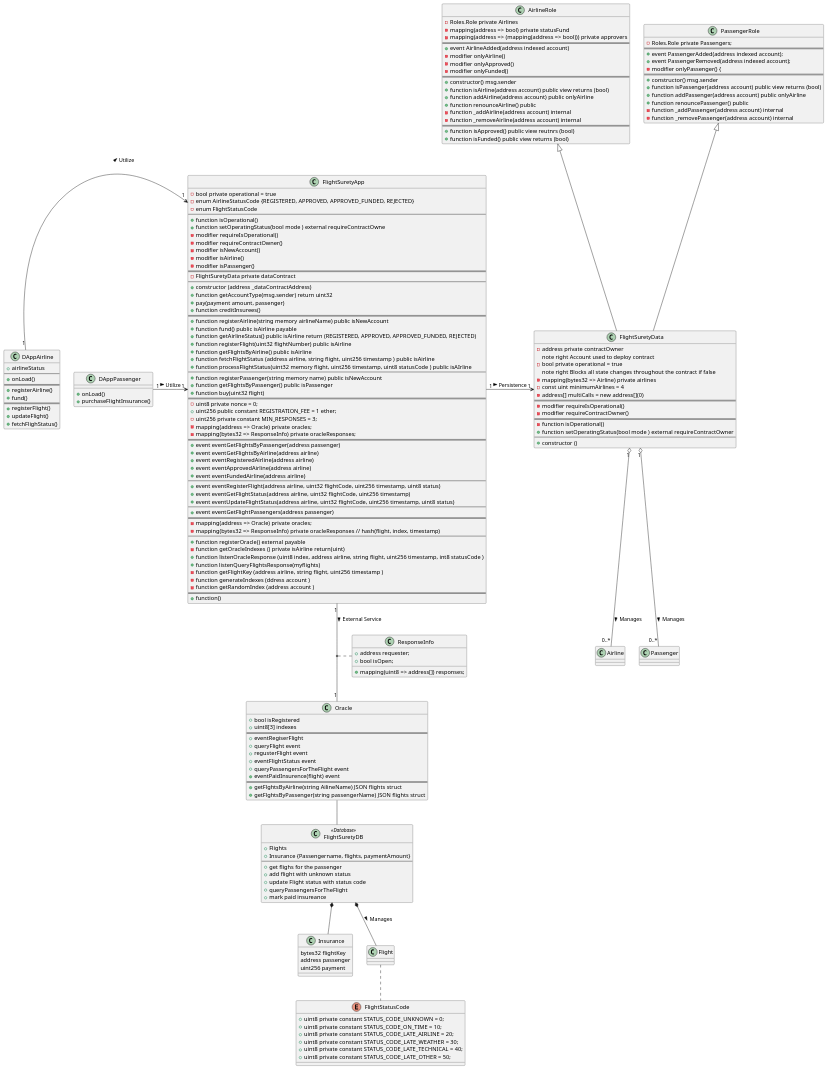
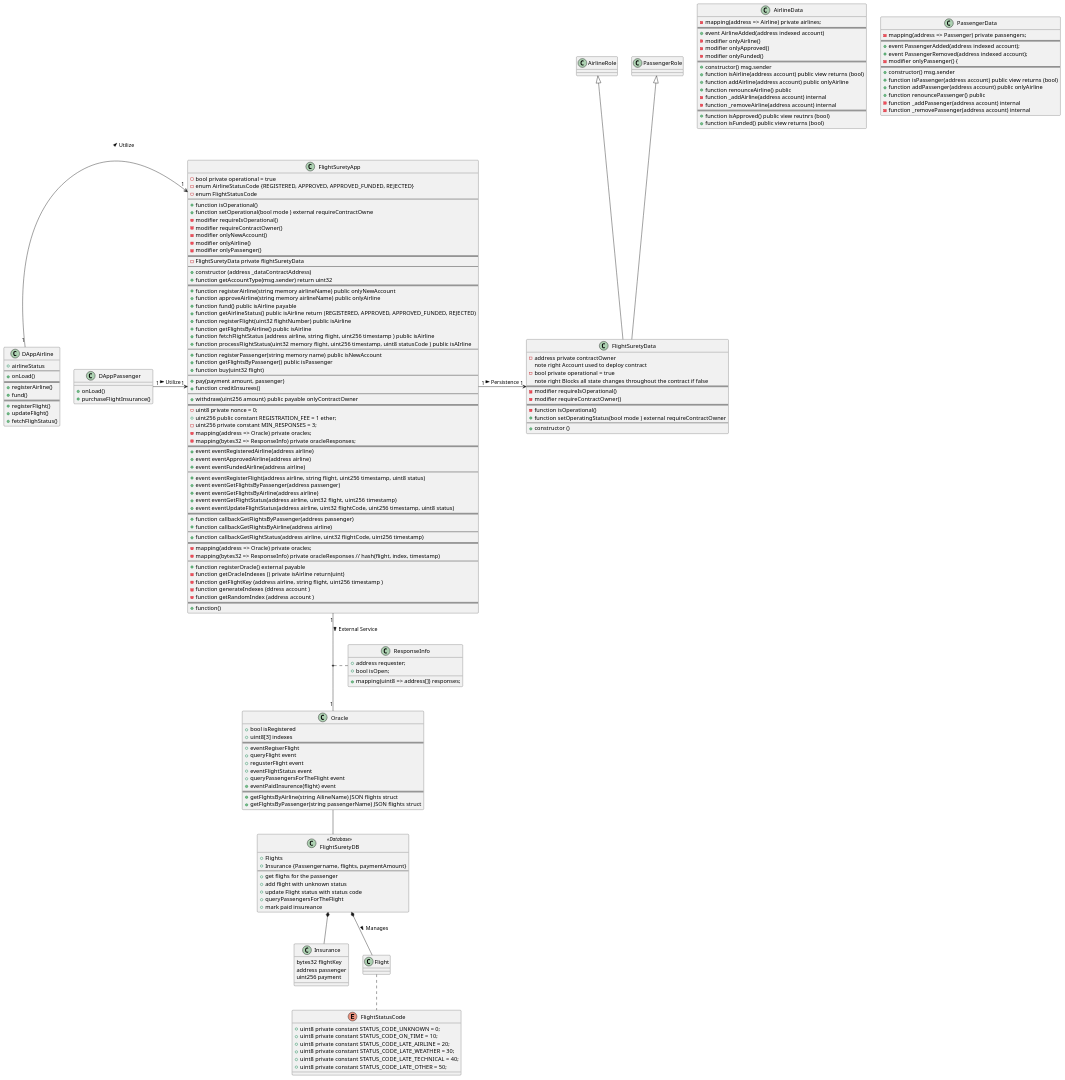
Before and after one commit to HajimeK/BlockchainDevND: the diagram in projects/project_FlightSurety/UML/class.pu, drawn with PlantUML. The commit also changed 22 other files, not shown here.

Commit message:
WIP : Coding contracts. WIP in FlightSuretyApp.sol

```diff
--- a/projects/project_FlightSurety/UML/class.pu
+++ b/projects/project_FlightSurety/UML/class.pu
@@ -23,9 +23,6 @@
     + onLoad()
     + purchaseFlightInsurance()
 }
-
-
-
 
 class Oracle {
     + bool isRegistered
@@ -74,21 +71,20 @@
     - enum FlightStatusCode
     --
     + function isOperational()
-    + function setOperatingStatus(bool mode ) external requireContractOwne
+    + function setOperational(bool mode ) external requireContractOwne
     - modifier requireIsOperational()
     - modifier requireContractOwner()
-    - modifier isNewAccount()
-    - modifier isAirline()
-    - modifier isPassenger()
+    - modifier onlyNewAccount()
+    - modifier onlyAirline()
+    - modifier onlyPassenger()
     ==
-    - FlightSuretyData private dataContract
+    - FlightSuretyData private flightSuretyData
     --
-    + constructor (address _dataContractAddress) 
+    + constructor (address _dataContractAddress)
     + function getAccountType(msg.sender) return uint32
-    + pay(payment amount, passenger)
-    + function creditInsurees()
     ==
-    + function registerAirline(string memory airlineName) public isNewAccount
+    + function registerAirline(string memory airlineName) public onlyNewAccount
+    + function approveAirline(string memory airlineName) public onlyAirline
     + function fund() public isAirline payable
     + function getAirlineStatus() public isAirline return (REGISTERED, APPROVED, APPROVED_FUNDED, REJECTED)
     + function registerFlight(uint32 flightNumber) public isAirline
@@ -99,6 +95,11 @@
     + function registerPassenger(string memory name) public isNewAccount
     + function getFlightsByPassenger() public isPassenger
     + function buy(uint32 flight)
+    --
+    + pay(payment amount, passenger)
+    + function creditInsurees()
+    --
+    + withdraw(uint256 amount) public payable onlyContractOwner
     ==
     - uint8 private nonce = 0;
     + uint256 public constant REGISTRATION_FEE = 1 ether;
@@ -106,25 +107,26 @@
     - mapping(address => Oracle) private oracles;
     - mapping(bytes32 => ResponseInfo) private oracleResponses;
     ==
-    + event eventGetFlightsByPassenger(address passenger)
-    + event eventGetFlightsByAirline(address airline)
     + event eventRegisteredAirline(address airline)
     + event eventApprovedAirline(address airline)
     + event eventFundedAirline(address airline)
     --
-    + event eventRegisterFlight(address airline, uint32 flightCode, uint256 timestamp, uint8 status)
-    + event eventGetFlightStatus(address airline, uint32 flightCode, uint256 timestamp)
+    + event eventRegisterFlight(address airline, string flight, uint256 timestamp, uint8 status)
+    + event eventGetFlightsByPassenger(address passenger)
+    + event eventGetFlightsByAirline(address airline)
+    + event eventGetFlightStatus(address airline, uint32 flight, uint256 timestamp)
     + event eventUpdateFlightStatus(address airline, uint32 flightCode, uint256 timestamp, uint8 status)
+    ==
+    +function callbackGetFlightsByPassenger(address passenger)
+    +function callbackGetFlightsByAirline(address airline)
     --
-    + event eventGetFlightPassengers(address passenger)
+    +function callbackGetFlightStatus(address airline, uint32 flightCode, uint256 timestamp)
     ==
     - mapping(address => Oracle) private oracles;
     - mapping(bytes32 => ResponseInfo) private oracleResponses // hash(flight, index, timestamp)
     --
     + function registerOracle() external payable
     - function getOracleIndexes () private isAirline return(uint)
-    + function listenOracleResponse (uint8 index, address airline, string flight, uint256 timestamp, int8 statusCode )
-    + function listenQueryFlightsResponse(myflights)
     - function getFlightKey (address airline, string flight, uint256 timestamp )
     - function generateIndexes (ddress account )
     - function getRandomIndex (address account )
@@ -137,9 +139,6 @@
         note right Account used to deploy contract
     - bool private operational = true
         note right Blocks all state changes throughout the contract if false
-    - mapping(bytes32 => Airline) private airlines
-    - const uint minimumAirlines = 4
-    - address[] multiCalls = new address[](0)
     ==
     - modifier requireIsOperational()
     - modifier requireContractOwner()
@@ -150,10 +149,8 @@
     + {method} constructor ()
 }
 
-class AirlineRole {
-    - Roles.Role private Airlines
-    - mapping(address => bool) private statusFund
-    - mapping(address => (mapping(address => bool))) private approvers
+class AirlineData {
+    - mapping(address => Airline) private airlines;
     ==
     + event AirlineAdded(address indexed account)
     - modifier onlyAirline()
@@ -171,8 +168,8 @@
     + function isFunded() public view returns (bool)
 }
 
-class PassengerRole {
-    - Roles.Role private Passengers;
+class PassengerData {
+    - mapping(address => Passenger) private passengers;
     ==
     + event PassengerAdded(address indexed account);
     + event PassengerRemoved(address indexed account);
@@ -190,8 +187,6 @@
 DAppPassenger "1" -> "1" FlightSuretyApp : Utilize >
 FlightSuretyApp "1" ->"1" FlightSuretyData : Persistence >
 FlightSuretyApp "1" --  "1" Oracle : External Service >
-FlightSuretyData "1" o--  "0..*" Airline : Manages >
-FlightSuretyData "1" o--  "0..*" Passenger : Manages >
 AirlineRole <|-- FlightSuretyData
 PassengerRole <|-- FlightSuretyData
 Oracle -- FlightSuretyDB
```
